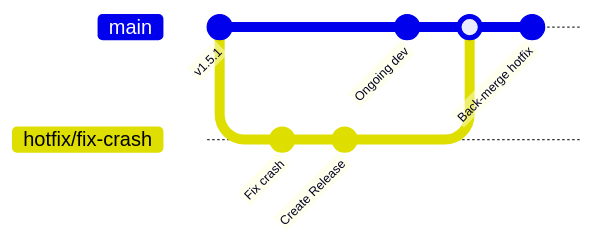
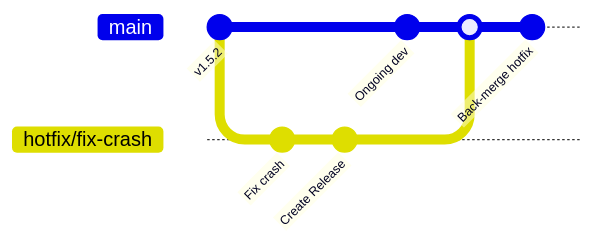
The second of 2 diagrams in CONTRIBUTING.md (PlainsightAI/openfilter), drawn with Mermaid before and after one commit. The commit also changed other lines of this file and 8 other files, not shown here.

````diff
--- a/CONTRIBUTING.md
+++ b/CONTRIBUTING.md
@@ -397,12 +397,12 @@
 ```mermaid
 gitGraph
-   commit id: "v1.5.1"
+   commit id: "v1.5.2"
    branch hotfix/fix-crash
    commit id: "Fix crash"
    commit id: "Create Release"
    checkout main
    commit id: "Ongoing dev"
    merge hotfix/fix-crash
    commit id: "Back-merge hotfix"
 
 ```
````
